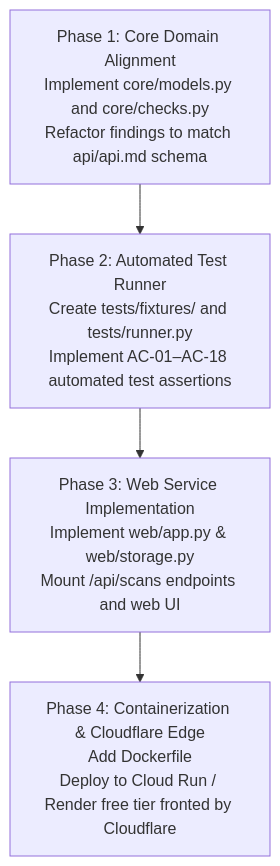
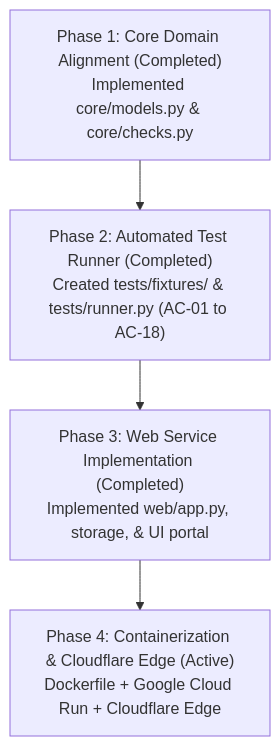
The third of 3 diagrams in docs/WEB_HOSTING_AND_ARCHITECTURE_PLAN.md (ibrahimdiallo8741/ada-pdf-accessibility-checker), drawn with Mermaid before and after one commit. The commit also changed other lines of this file and 8 other files, not shown here.

````diff
--- a/docs/WEB_HOSTING_AND_ARCHITECTURE_PLAN.md
+++ b/docs/WEB_HOSTING_AND_ARCHITECTURE_PLAN.md
@@ -189,11 +366,11 @@
 ```mermaid
 graph TD
-    P1["Phase 1: Core Domain Alignment<br/>Implement core/models.py and core/checks.py<br/>Refactor findings to match api/api.md schema"]
-    P2["Phase 2: Automated Test Runner<br/>Create tests/fixtures/ and tests/runner.py<br/>Implement AC-01–AC-18 automated test assertions"]
-    P3["Phase 3: Web Service Implementation<br/>Implement web/app.py & web/storage.py<br/>Mount /api/scans endpoints and web UI"]
-    P4["Phase 4: Containerization & Cloudflare Edge<br/>Add Dockerfile<br/>Deploy to Cloud Run / Render free tier fronted by Cloudflare"]
+    P1["Phase 1: Core Domain Alignment (Completed)<br/>Implemented core/models.py & core/checks.py"]
+    P2["Phase 2: Automated Test Runner (Completed)<br/>Created tests/fixtures/ & tests/runner.py (AC-01 to AC-18)"]
+    P3["Phase 3: Web Service Implementation (Completed)<br/>Implemented web/app.py, storage, & UI portal"]
+    P4["Phase 4: Containerization & Cloudflare Edge (Active)<br/>Dockerfile + Google Cloud Run + Cloudflare Edge"]
 
     P1 --> P2
     P2 --> P3
     P3 --> P4
 ```
````
